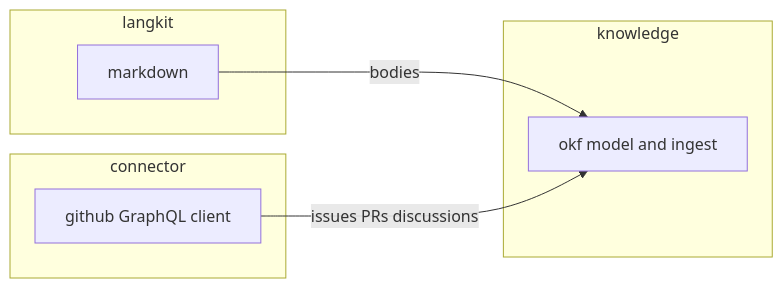
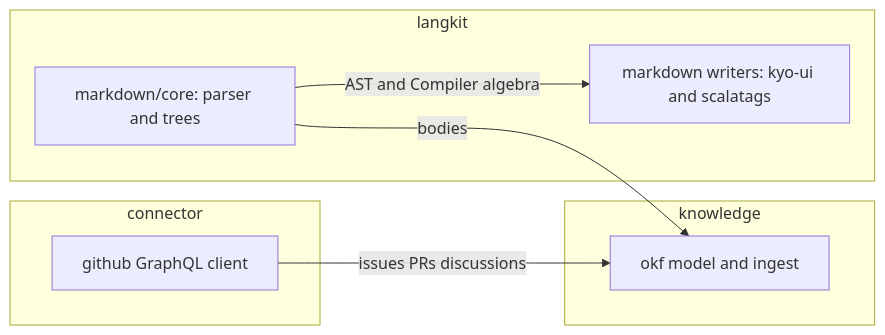
Before and after one commit to finos/morphir-scala: the diagram in kb/bundles/morphir/morphir-scala/design/published-library-families.md, drawn with Mermaid. The commit also changed other lines of this file and 47 other files, not shown here.

````diff
--- a/kb/bundles/morphir/morphir-scala/design/published-library-families.md
+++ b/kb/bundles/morphir/morphir-scala/design/published-library-families.md
@@ -14,14 +14,16 @@
 ```mermaid
 flowchart LR
   subgraph connectorFam [connector]
     gh["github GraphQL client"]
   end
   subgraph langkitFam [langkit]
-    md["markdown"]
+    mdCore["markdown/core: parser and trees"]
+    mdCompiler["markdown writers: kyo-ui and scalatags"]
   end
   subgraph knowledgeFam [knowledge]
     okf["okf model and ingest"]
   end
-  md -->|"bodies"| okf
+  mdCore -->|"AST and Compiler algebra"| mdCompiler
+  mdCore -->|"bodies"| okf
   gh -->|"issues PRs discussions"| okf
 ```
````
